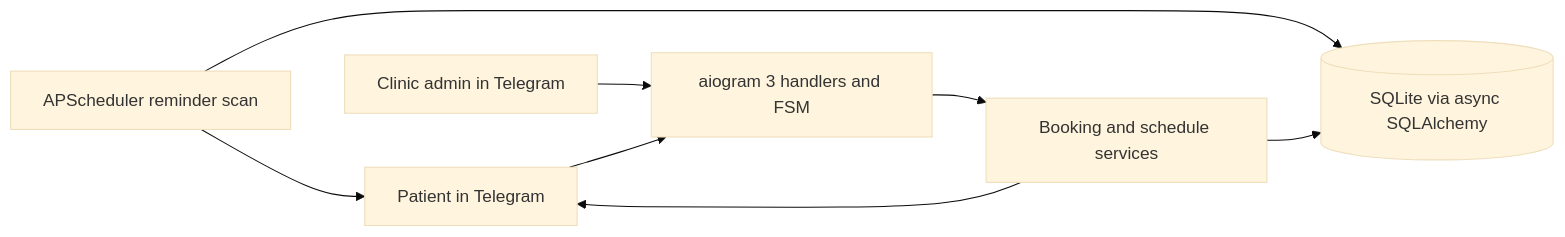
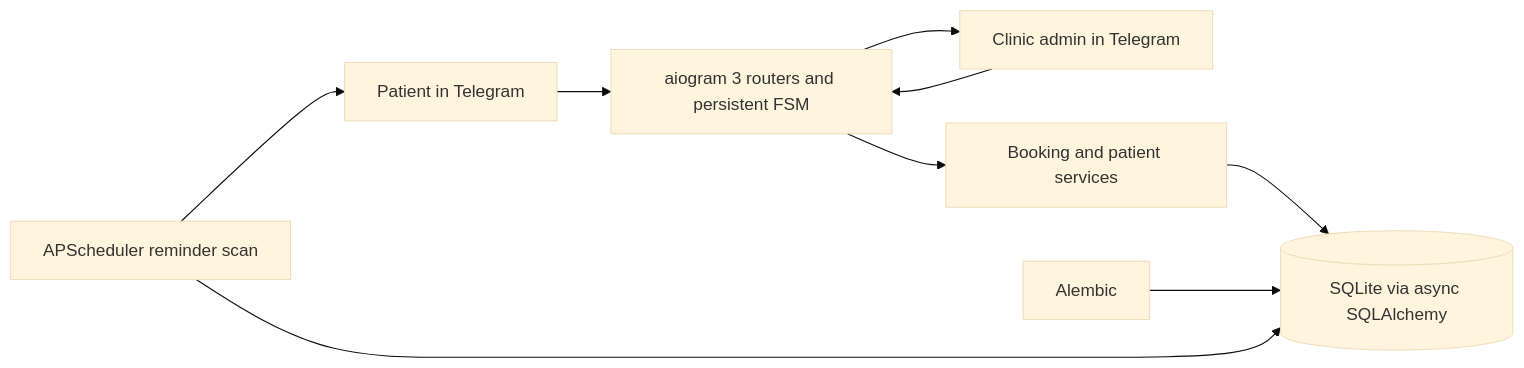
Before and after one commit to movsarusumov172-crypto/MedSlot: the diagram in README.md, drawn with Mermaid (base theme). The commit also changed other lines of this file, not shown here.

Commit message:
docs: document patient and admin workflows

````diff
--- a/README.md
+++ b/README.md
@@ -10,10 +9,11 @@
 ```mermaid
 flowchart LR
-    Patient[Patient in Telegram] --> Bot[aiogram 3 handlers and FSM]
+    Patient[Patient in Telegram] --> Bot[aiogram 3 routers and persistent FSM]
     Admin[Clinic admin in Telegram] --> Bot
-    Bot --> Services[Booking and schedule services]
+    Bot --> Services[Booking and patient services]
     Services --> DB[(SQLite via async SQLAlchemy)]
+    Migrations[Alembic] --> DB
     Scheduler[APScheduler reminder scan] --> DB
     Scheduler --> Patient
-    Services --> Patient
+    Bot --> Admin
 ```
````
